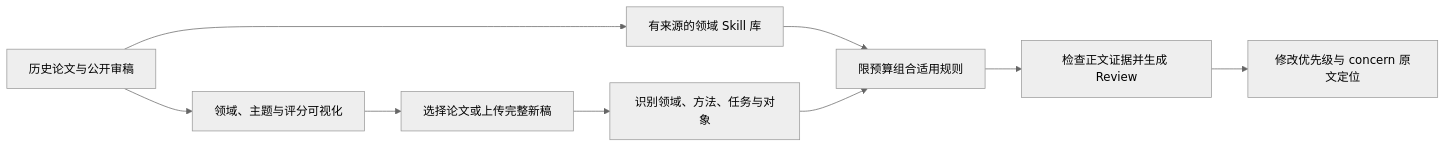
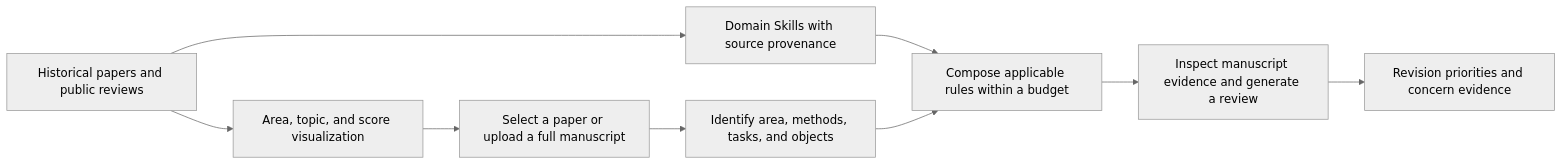
One commit to Haoran-98/ICLR-reviewer changed the diagram in README.md. Above: the diagram before and after it, drawn with Mermaid (neutral theme). The commit also changed other lines of this file and 2 other files, not shown here.

Commit message:
Restore full English and Chinese README editions

````diff
--- a/README.md
+++ b/README.md
@@ -15,11 +17,11 @@
 ```mermaid
 flowchart LR
-    A[历史论文与公开审稿] --> B[领域、主题与评分可视化]
-    A --> C[有来源的领域 Skill 库]
-    B --> D[选择论文或上传完整新稿]
-    D --> E[识别领域、方法、任务与对象]
-    C --> F[限预算组合适用规则]
+    A[Historical papers and public reviews] --> B[Area, topic, and score visualization]
+    A --> C[Domain Skills with source provenance]
+    B --> D[Select a paper or upload a full manuscript]
+    D --> E[Identify area, methods, tasks, and objects]
+    C --> F[Compose applicable rules within a budget]
     E --> F
-    F --> G[检查正文证据并生成 Review]
-    G --> H[修改优先级与 concern 原文定位]
+    F --> G[Inspect manuscript evidence and generate a review]
+    G --> H[Revision priorities and concern evidence]
 ```
````
